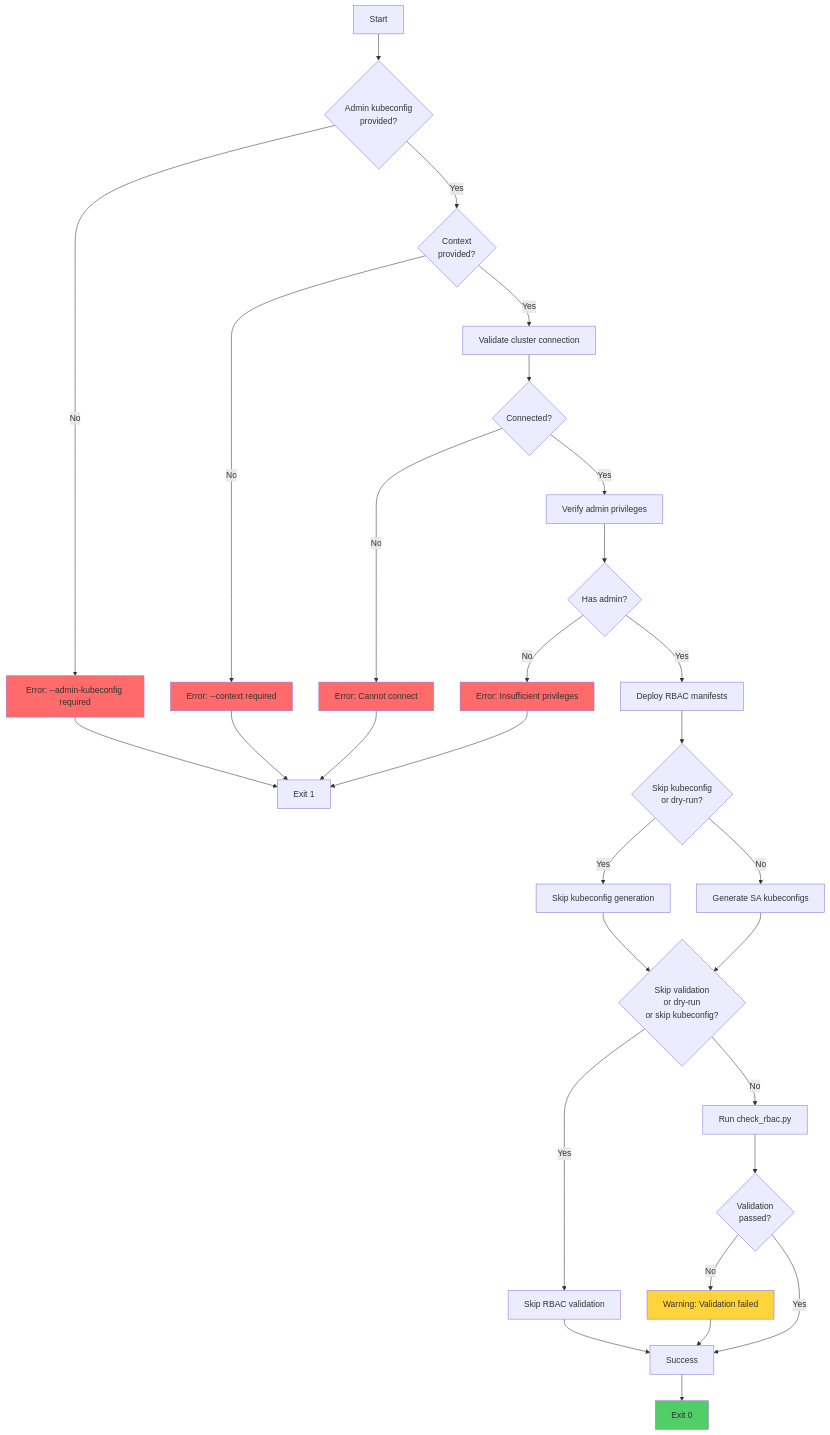
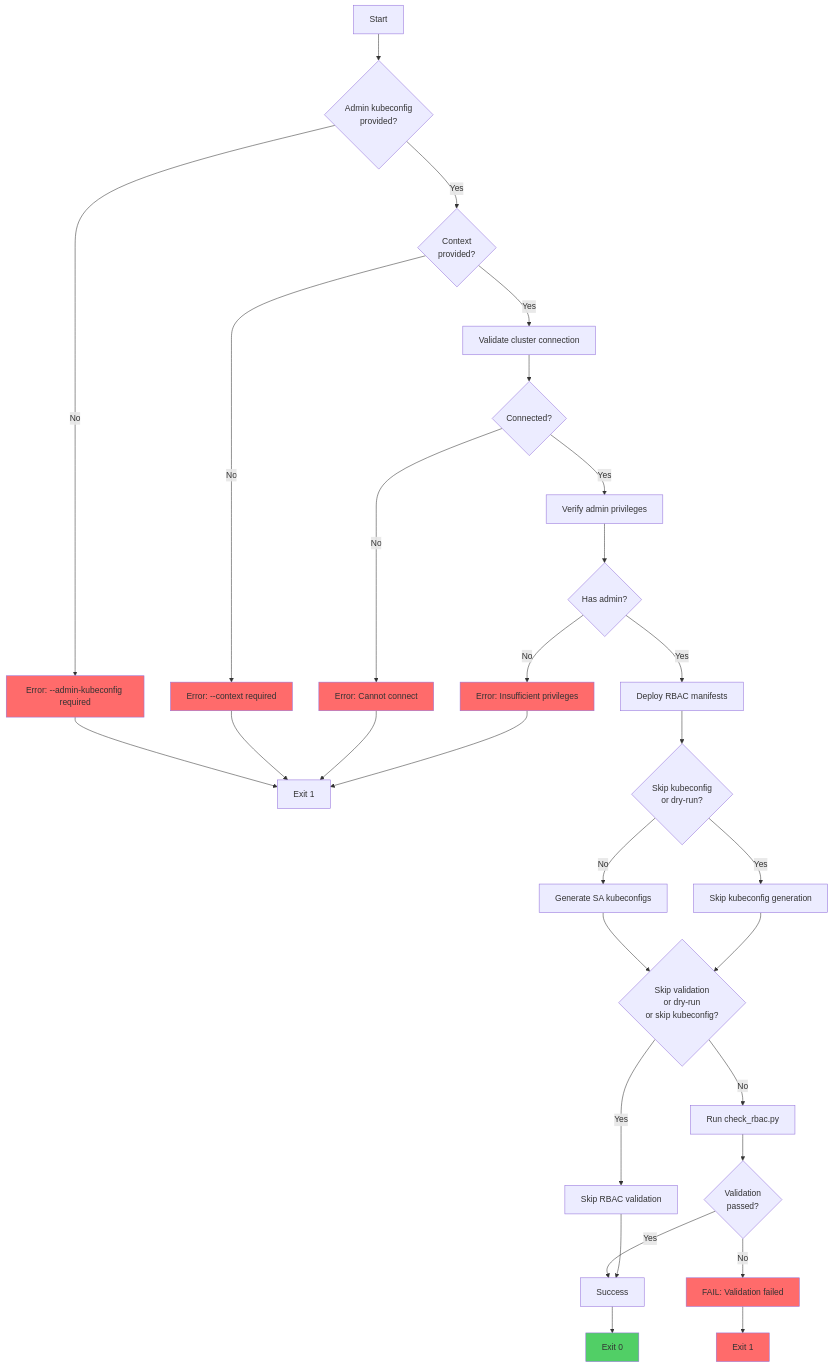
One commit to tomazb/rh-acm-switchover changed the fifth of 7 diagrams in scripts/README.md. Above: the diagram before and after it, drawn with Mermaid. The commit also changed other lines of this file and 5 other files, not shown here.

````diff
--- a/scripts/README.md
+++ b/scripts/README.md
@@ -859,38 +868,39 @@
 ```mermaid
 graph TD
     A[Start] --> B{Admin kubeconfig<br/>provided?}
     B -->|No| C[Error: --admin-kubeconfig required]
     C --> D[Exit 1]
     B -->|Yes| E{Context<br/>provided?}
     E -->|No| F[Error: --context required]
     F --> D
     E -->|Yes| G[Validate cluster connection]
     G --> H{Connected?}
     H -->|No| I[Error: Cannot connect]
     I --> D
     H -->|Yes| J[Verify admin privileges]
     J --> K{Has admin?}
     K -->|No| L[Error: Insufficient privileges]
     L --> D
     K -->|Yes| M[Deploy RBAC manifests]
     M --> N{Skip kubeconfig<br/>or dry-run?}
     N -->|Yes| O[Skip kubeconfig generation]
     N -->|No| P[Generate SA kubeconfigs]
     P --> Q{Skip validation<br/>or dry-run<br/>or skip kubeconfig?}
     O --> Q
     Q -->|Yes| R[Skip RBAC validation]
     Q -->|No| S[Run check_rbac.py]
     S --> T{Validation<br/>passed?}
-    T -->|No| U[Warning: Validation failed]
+    T -->|No| U[FAIL: Validation failed]
     T -->|Yes| V[Success]
     R --> V
-    U --> V
+    U --> X[Exit 1]
     V --> W[Exit 0]
     
     style C fill:#ff6b6b
     style F fill:#ff6b6b
     style I fill:#ff6b6b
     style L fill:#ff6b6b
-    style U fill:#ffd43b
+    style U fill:#ff6b6b
+    style X fill:#ff6b6b
     style W fill:#51cf66
 ```
````
